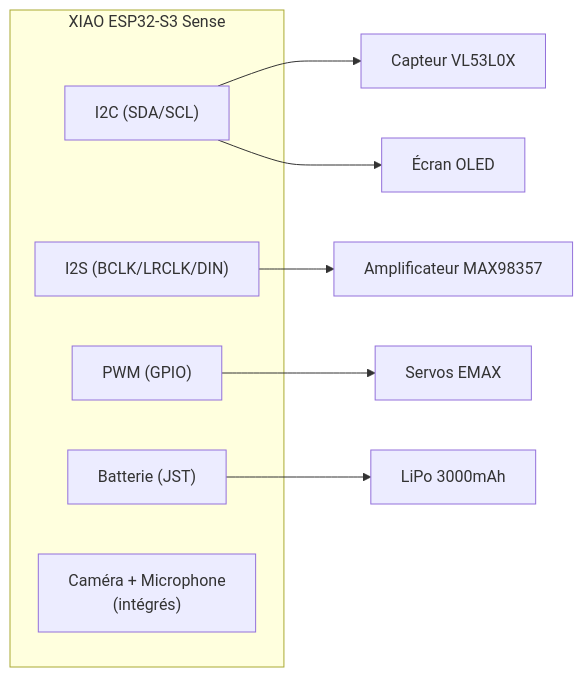
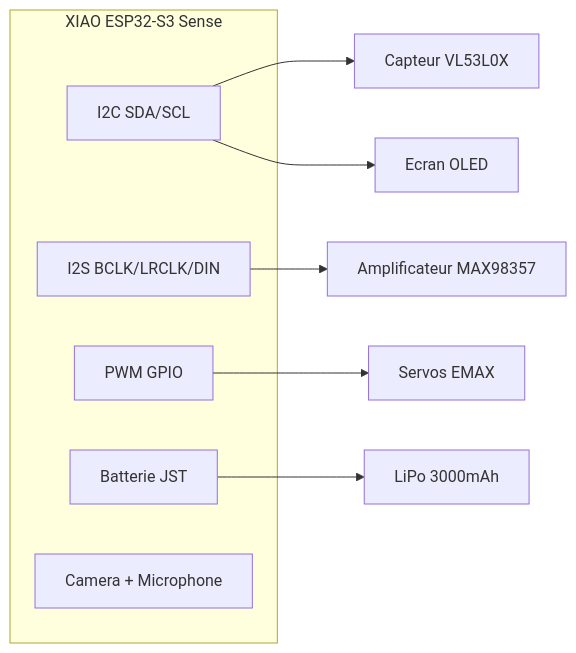
The second of 8 diagrams in TARS_Robot_Build_FR.md (zabbix-byte/real-tars), drawn with Mermaid before and after one commit. The commit also changed other lines of this file and 2 other files, not shown here.

Commit message:
refactor: update architecture diagrams and component descriptions in README files

````diff
--- a/TARS_Robot_Build_FR.md
+++ b/TARS_Robot_Build_FR.md
@@ -269,16 +271,16 @@
 ```mermaid
 graph LR
     subgraph ESP["XIAO ESP32-S3 Sense"]
-        I2C["I2C (SDA/SCL)"]
-        I2S["I2S (BCLK/LRCLK/DIN)"]
-        PWM["PWM (GPIO)"]
-        BAT["Batterie (JST)"]
-        CAM["Caméra + Microphone<br/>(intégrés)"]
+        I2C["I2C SDA/SCL"]
+        I2S["I2S BCLK/LRCLK/DIN"]
+        PWM["PWM GPIO"]
+        BAT["Batterie JST"]
+        CAM["Camera + Microphone"]
     end
 
     I2C --> VL["Capteur VL53L0X"]
-    I2C --> OLED["Écran OLED"]
+    I2C --> OLED["Ecran OLED"]
     I2S --> AMP["Amplificateur MAX98357"]
     PWM --> S1["Servos EMAX"]
     BAT --> LIPO["LiPo 3000mAh"]
 ```
````
